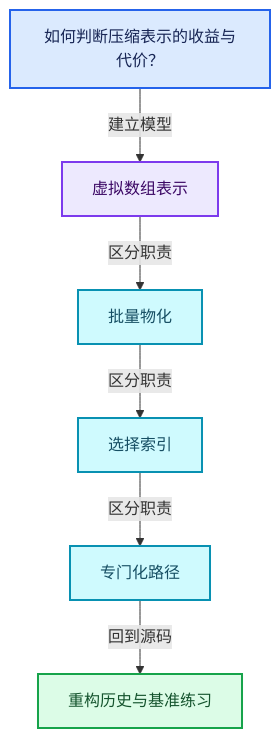
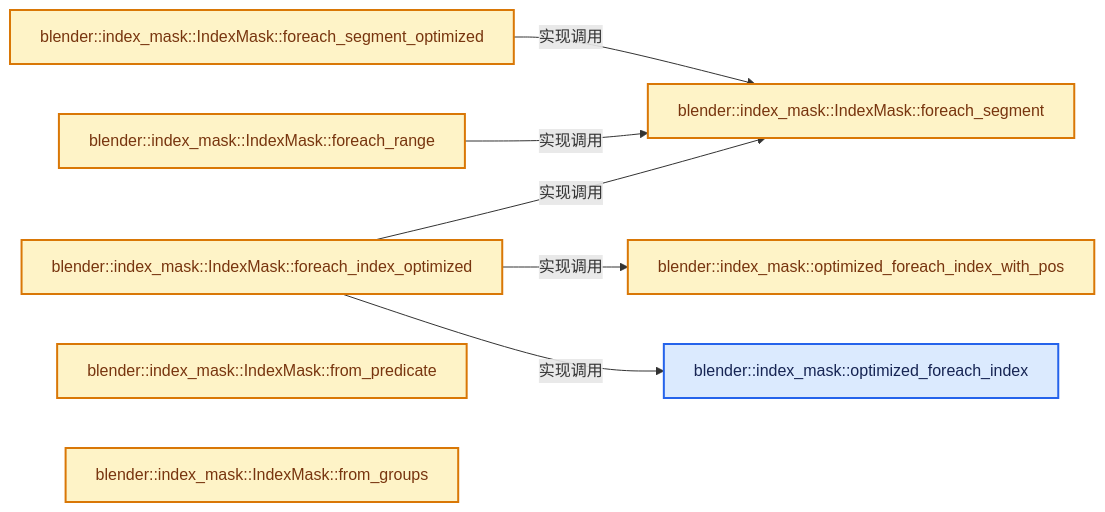
The second of 4 diagrams in 杂/markdown/全面学习-codex/04-虚拟数组与索引选择/12-重构历史与基准练习.md (yunkezengren/blender-.vscode), drawn with Mermaid before and after one commit. The commit also changed other lines of this file and 1930 other files, not shown here.

````diff
--- a/杂/markdown/全面学习-codex/04-虚拟数组与索引选择/12-重构历史与基准练习.md
+++ b/杂/markdown/全面学习-codex/04-虚拟数组与索引选择/12-重构历史与基准练习.md
@@ -58,20 +46,22 @@
 ```mermaid
-flowchart TB
-  Q["如何判断压缩表示的收益与代价？"]:::input
-  C0["虚拟数组表示"]:::abstraction
-  C1["批量物化"]:::data
-  C2["选择索引"]:::data
-  C3["专门化路径"]:::data
-  R["重构历史与基准练习"]:::result
-  Q -->|"建立模型"| C0
-  C0 -->|"区分职责"| C1
-  C1 -->|"区分职责"| C2
-  C2 -->|"区分职责"| C3
-  C3 -->|"回到源码"| R
+flowchart LR
+  F0["blender::index_mask::optimized_foreach_index"]:::input
+  F1["blender::index_mask::optimized_foreach_index_with_pos"]:::compute
+  F2["blender::index_mask::IndexMask::foreach_index_optimized"]:::compute
+  F3["blender::index_mask::IndexMask::foreach_segment_optimized"]:::compute
+  F4["blender::index_mask::IndexMask::foreach_segment"]:::compute
+  F5["blender::index_mask::IndexMask::foreach_range"]:::compute
+  F6["blender::index_mask::IndexMask::from_predicate"]:::compute
+  F7["blender::index_mask::IndexMask::from_groups"]:::compute
+  F2 -->|"实现调用"| F4
+  F2 -->|"实现调用"| F1
+  F2 -->|"实现调用"| F0
+  F3 -->|"实现调用"| F4
+  F5 -->|"实现调用"| F4
   classDef input fill:#DBEAFE,stroke:#2563EB,color:#172554,stroke-width:2px;
   classDef data fill:#CFFAFE,stroke:#0891B2,color:#164E63,stroke-width:2px;
   classDef abstraction fill:#EDE9FE,stroke:#7C3AED,color:#3B0764,stroke-width:2px;
   classDef compute fill:#FEF3C7,stroke:#D97706,color:#78350F,stroke-width:2px;
   classDef result fill:#DCFCE7,stroke:#16A34A,color:#14532D,stroke-width:2px;
   classDef error fill:#FEE2E2,stroke:#DC2626,color:#7F1D1D,stroke-width:2px;
 ```
````
